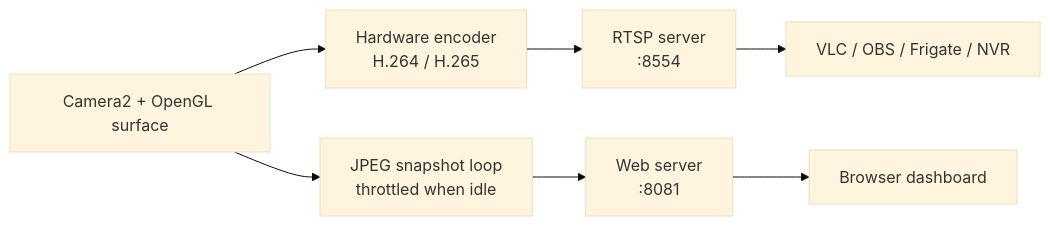
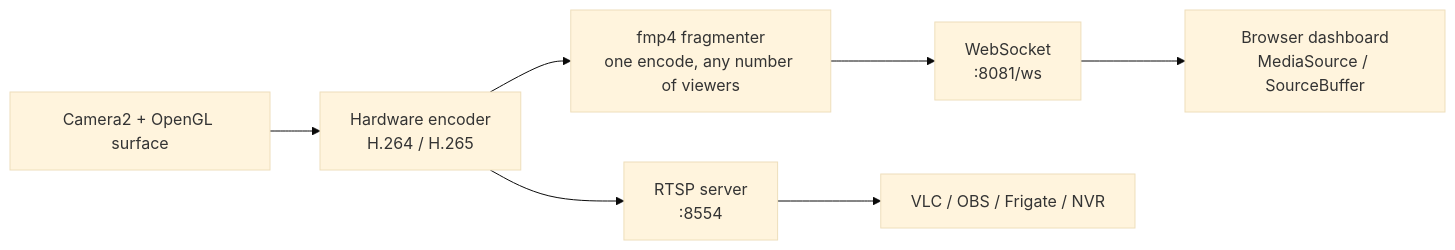
One commit to fecloud/RTSP-CCTV-App changed the diagram in README.md. Above: the diagram before and after it, drawn with Mermaid (base theme). The commit also changed other lines of this file and 15 other files, not shown here.

````diff
--- a/README.md
+++ b/README.md
@@ -78,11 +78,11 @@
 ```mermaid
 flowchart LR
     CAM[Camera2 + OpenGL surface] --> ENC[Hardware encoder<br/>H.264 / H.265]
-    CAM --> SNAP[JPEG snapshot loop<br/>throttled when idle]
+    ENC --> RTSP[RTSP server<br/>:8554]
+    ENC --> FMP4[fmp4 fragmenter<br/>one encode, any number of viewers]
 
-    ENC --> RTSP[RTSP server<br/>:8554]
-    SNAP --> WEB[Web server<br/>:8081]
+    FMP4 --> WS[WebSocket<br/>:8081/ws]
 
     RTSP --> NVR[VLC / OBS / Frigate / NVR]
-    WEB --> BROWSER[Browser dashboard]
+    WS --> BROWSER[Browser dashboard<br/>MediaSource / SourceBuffer]
 ```
````
